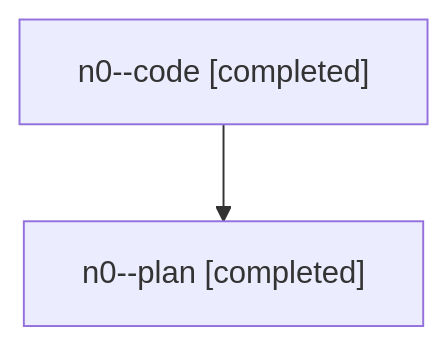
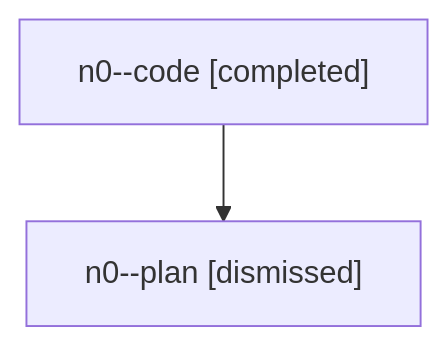
One commit to sase-org/sase--agents changed the diagram in families/bbugyi200.athena.n0.md. Above: the diagram before and after it, drawn with Mermaid. The commit also changed other lines of this file and 740 other files, not shown here.

````diff
--- a/families/bbugyi200.athena.n0.md
+++ b/families/bbugyi200.athena.n0.md
@@ -9,6 +9,6 @@
 ```mermaid
 flowchart TD
   n0["n0--code [completed]"]
-  n1["n0--plan [completed]"]
+  n1["n0--plan [dismissed]"]
   n0 --> n1
 ```
````
